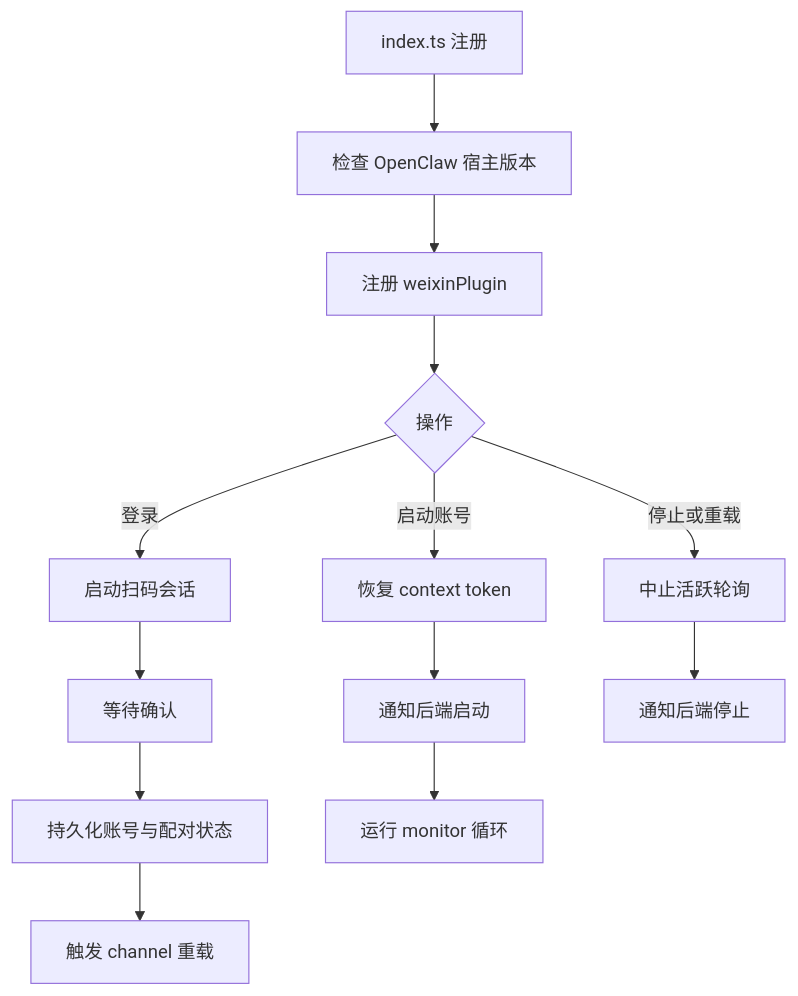
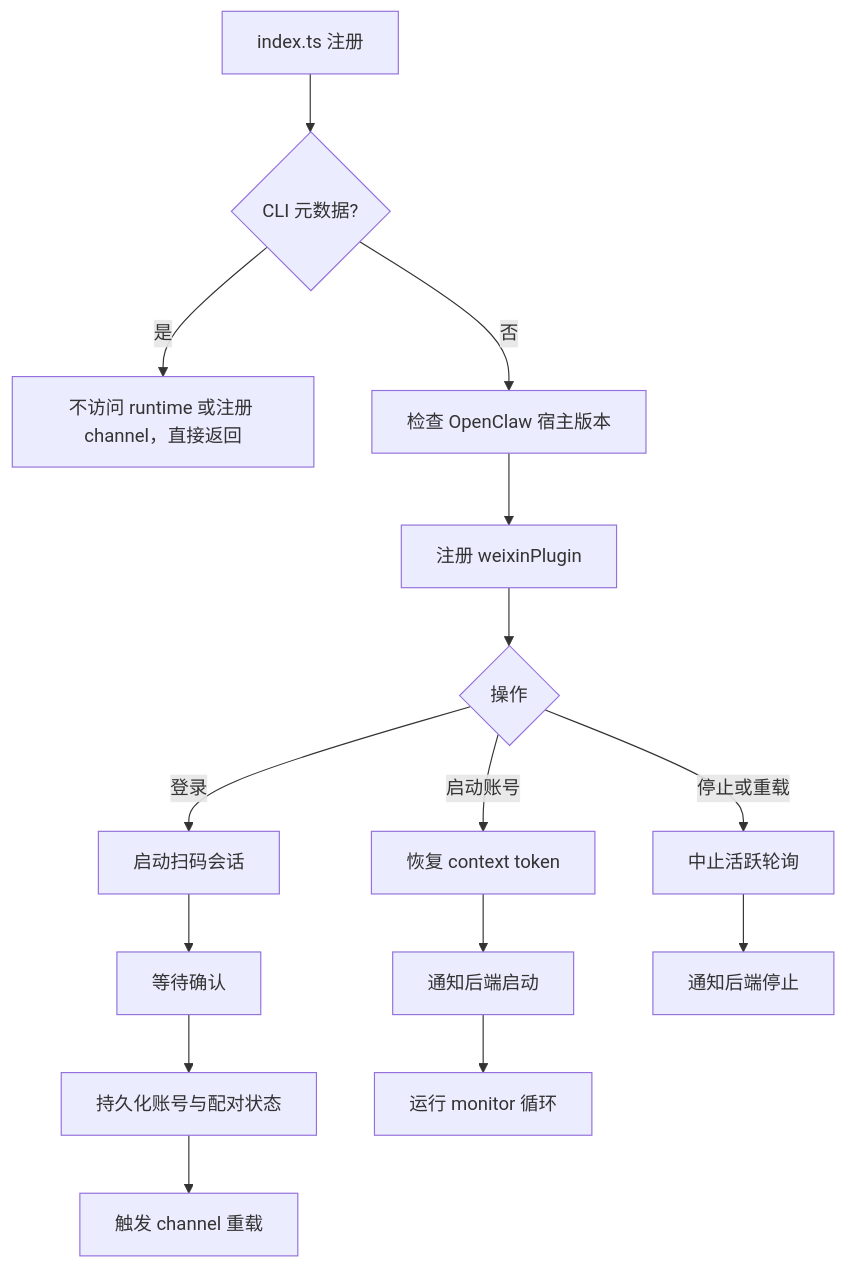
Before and after one commit to NewFuture/openclaw-weixin: the first of 3 diagrams in docs/zh-CN/architecture.md, drawn with Mermaid. The commit also changed other lines of this file and 7 other files, not shown here.

Commit message:
fix: skip runtime registration during CLI metadata collection (#144)

````diff
--- a/docs/zh-CN/architecture.md
+++ b/docs/zh-CN/architecture.md
@@ -28,15 +28,17 @@
 ```mermaid
 flowchart TD
-  A[index.ts 注册] --> B[检查 OpenClaw 宿主版本]
+  A[index.ts 注册] --> N{CLI 元数据?}
+  N -->|是| O[不访问 runtime 或注册 channel，直接返回]
+  N -->|否| B[检查 OpenClaw 宿主版本]
   B --> C[注册 weixinPlugin]
   C --> D{操作}
   D -->|登录| E[启动扫码会话]
   E --> F[等待确认]
   F --> G[持久化账号与配对状态]
   G --> H[触发 channel 重载]
   D -->|启动账号| I[恢复 context token]
   I --> J[通知后端启动]
   J --> K[运行 monitor 循环]
   D -->|停止或重载| L[中止活跃轮询]
   L --> M[通知后端停止]
 ```
````
